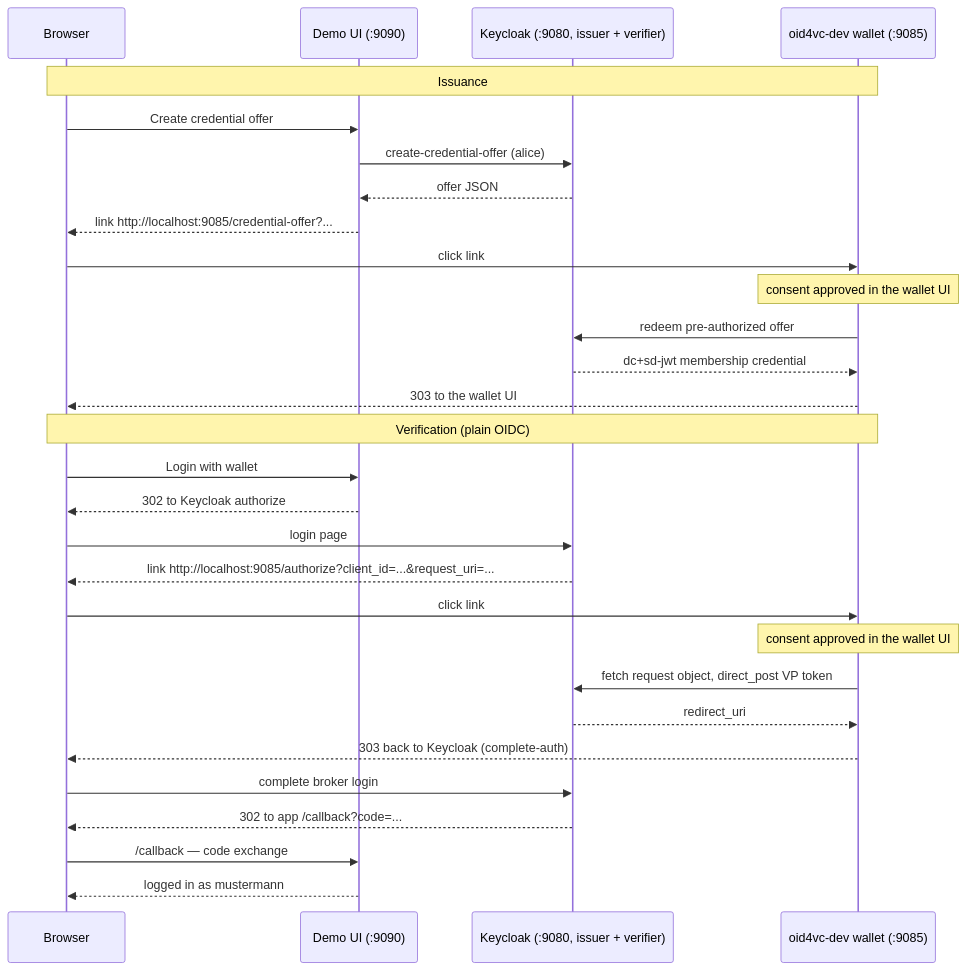
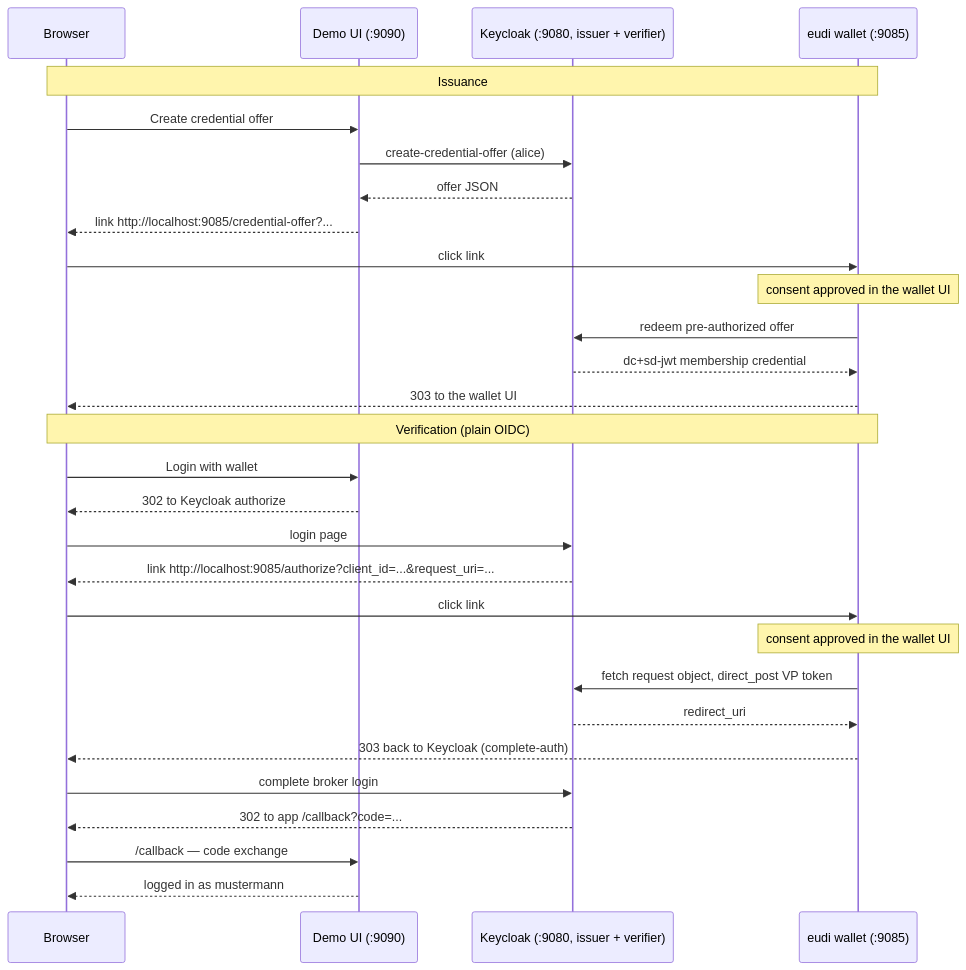
One commit to dominikschlosser/eudi-dev changed the diagram in examples/keycloak-web-wallet/README.md. Above: the diagram before and after it, drawn with Mermaid. The commit also changed 174 other files, not shown here.

Commit message:
feat: rename to eudi-dev while still supporting oid4vc-dev everywhere

````diff
--- a/examples/keycloak-web-wallet/README.md
+++ b/examples/keycloak-web-wallet/README.md
@@ -73,33 +73,33 @@
 ```mermaid
 sequenceDiagram
     participant B as Browser
     participant APP as Demo UI (:9090)
     participant KC as Keycloak (:9080, issuer + verifier)
-    participant W as oid4vc-dev wallet (:9085)
+    participant W as eudi wallet (:9085)
 
     Note over B,W: Issuance
     B->>APP: Create credential offer
     APP->>KC: create-credential-offer (alice)
     KC-->>APP: offer JSON
     APP-->>B: link http://localhost:9085/credential-offer?...
     B->>W: click link
     Note over W: consent approved in the wallet UI
     W->>KC: redeem pre-authorized offer
     KC-->>W: dc+sd-jwt membership credential
     W-->>B: 303 to the wallet UI
 
     Note over B,W: Verification (plain OIDC)
     B->>APP: Login with wallet
     APP-->>B: 302 to Keycloak authorize
     B->>KC: login page
     KC-->>B: link http://localhost:9085/authorize?client_id=...&request_uri=...
     B->>W: click link
     Note over W: consent approved in the wallet UI
     W->>KC: fetch request object, direct_post VP token
     KC-->>W: redirect_uri
     W-->>B: 303 back to Keycloak (complete-auth)
     B->>KC: complete broker login
     KC-->>B: 302 to app /callback?code=...
     B->>APP: /callback — code exchange
     APP-->>B: logged in as mustermann
 ```
````
